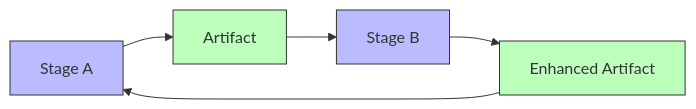
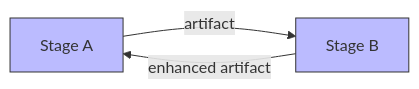
Before and after one commit to jrlangford/loop: the first of 8 diagrams in framework-design.md, drawn with Mermaid. The commit also changed other lines of this file and 11 other files, not shown here.

First line of the commit message:
Align diagrams with describe skill conventions and clarify Evaluate vs Gate

````diff
--- a/framework-design.md
+++ b/framework-design.md
@@ -211,8 +212,7 @@
 ```mermaid
-graph LR
-    A["Stage A"] --> AR["Artifact"] --> B["Stage B"] --> EA["Enhanced Artifact"] --> A
-    style A fill:#bbf,stroke:#333
-    style B fill:#bbf,stroke:#333
-    style AR fill:#bfb,stroke:#333
-    style EA fill:#bfb,stroke:#333
+flowchart LR
+    classDef stage fill:#bbf,stroke:#333
+    classDef artifact fill:#bfb,stroke:#333
+
+    A["Stage A"]:::stage -->|artifact| B["Stage B"]:::stage -->|enhanced artifact| A
 ```
````
